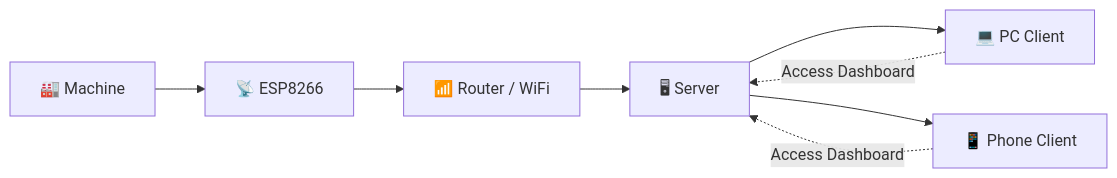
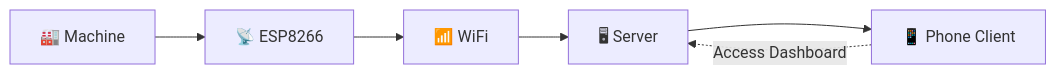
One commit to viwaretech/systema-counter changed the diagram in README.md. Above: the diagram before and after it, drawn with Mermaid.

Commit message:
Fix flowchart labels in README.md

````diff
--- a/README.md
+++ b/README.md
@@ -42,13 +42,10 @@
 ```mermaid
 flowchart LR
 
 A[🏭 Machine] --> B[📡 ESP8266]
-B --> C[📶 Router / WiFi]
+B --> C[📶 WiFi]
 C --> D[🖥 Server]
 
-D --> E[💻 PC Client]
 D --> F[📱 Phone Client]
-
-E -. Access Dashboard .-> D
 F -. Access Dashboard .-> D
 ```
````
